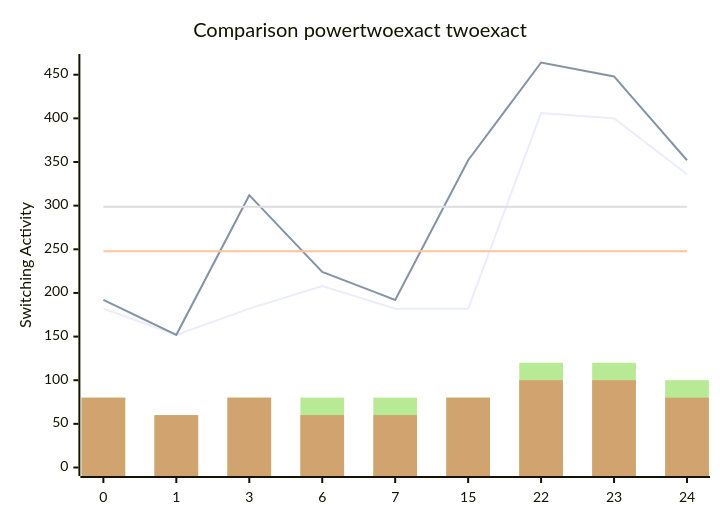
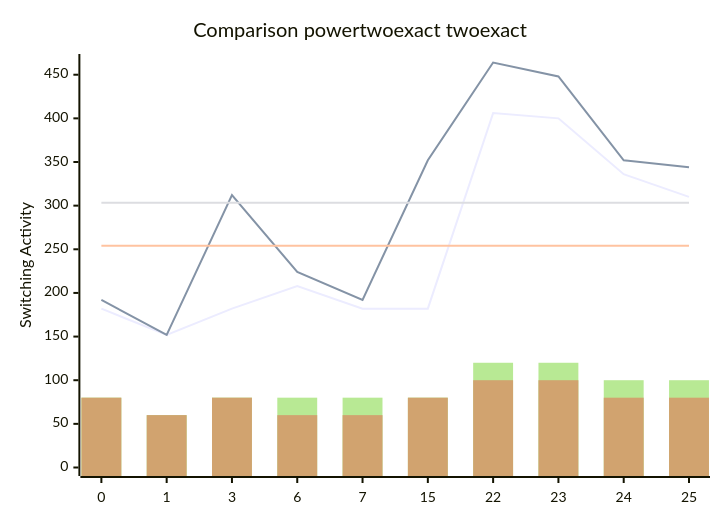
The diagram in benchmark_opt.md (FeldmeierMichael/Exact-Power-Synthesis), drawn with Mermaid before and after one commit. The commit also changed other lines of this file, not shown here.

````diff
--- a/benchmark_opt.md
+++ b/benchmark_opt.md
@@ -23,12 +25,12 @@
 ```mermaid
 xychart-beta
     title "Comparison powertwoexact twoexact"
-    x-axis [0, 1, 3, 6, 7, 15, 22, 23, 24]
+    x-axis [0, 1, 3, 6, 7, 15, 22, 23, 24, 25]
     y-axis "Switching Activity" 0-->464
-    line [182, 152, 182, 208, 182, 182, 406, 400, 336]
-    line [192, 152, 312, 224, 192, 352, 464, 448, 352]
-    line [247.77777777777777, 247.77777777777777, 247.77777777777777, 247.77777777777777, 247.77777777777777, 247.77777777777777, 247.77777777777777, 247.77777777777777, 247.77777777777777]
-    line [298.6666666666667, 298.6666666666667, 298.6666666666667, 298.6666666666667, 298.6666666666667, 298.6666666666667, 298.6666666666667, 298.6666666666667, 298.6666666666667]
-    bar [80, 60, 80, 80, 80, 80, 120, 120, 100]
-    bar [80, 60, 80, 60, 60, 80, 100, 100, 80]
+    line [182, 152, 182, 208, 182, 182, 406, 400, 336, 310]
+    line [192, 152, 312, 224, 192, 352, 464, 448, 352, 344]
+    line [254.0, 254.0, 254.0, 254.0, 254.0, 254.0, 254.0, 254.0, 254.0, 254.0]
+    line [303.2, 303.2, 303.2, 303.2, 303.2, 303.2, 303.2, 303.2, 303.2, 303.2]
+    bar [80, 60, 80, 80, 80, 80, 120, 120, 100, 100]
+    bar [80, 60, 80, 60, 60, 80, 100, 100, 80, 80]
 ```
````
